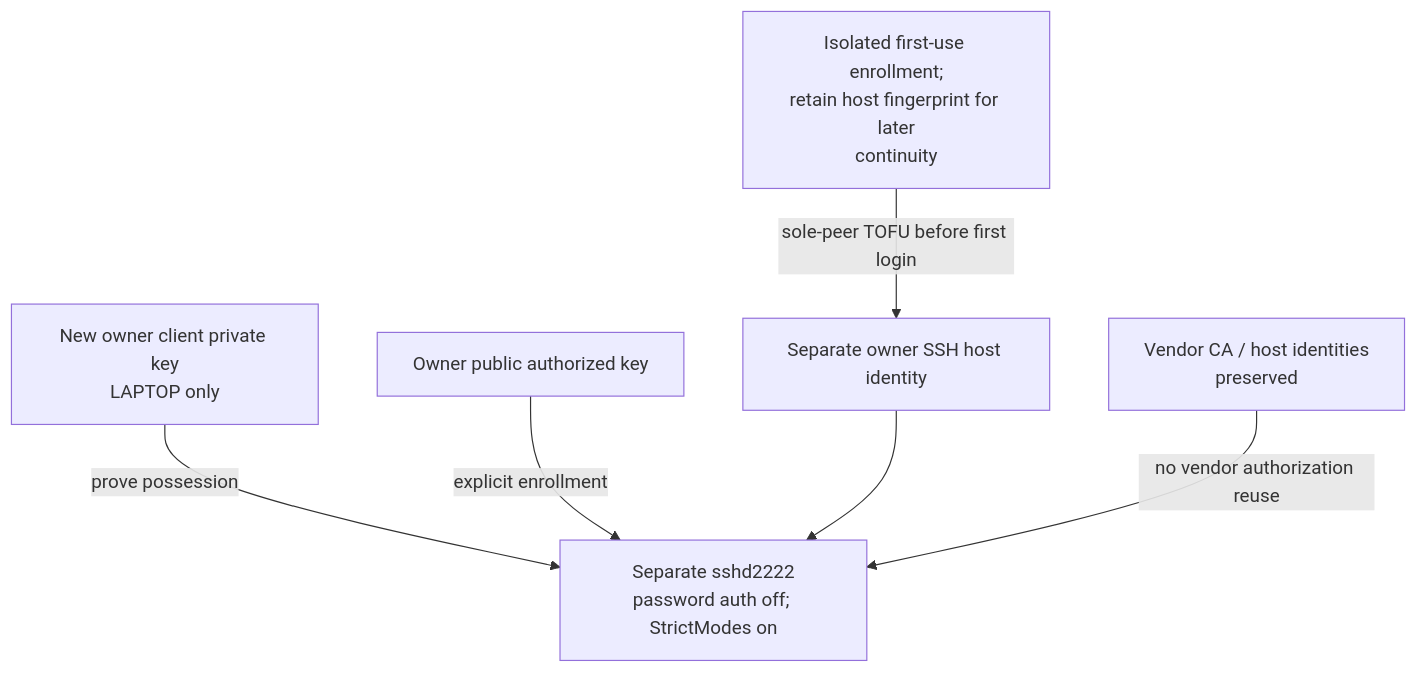
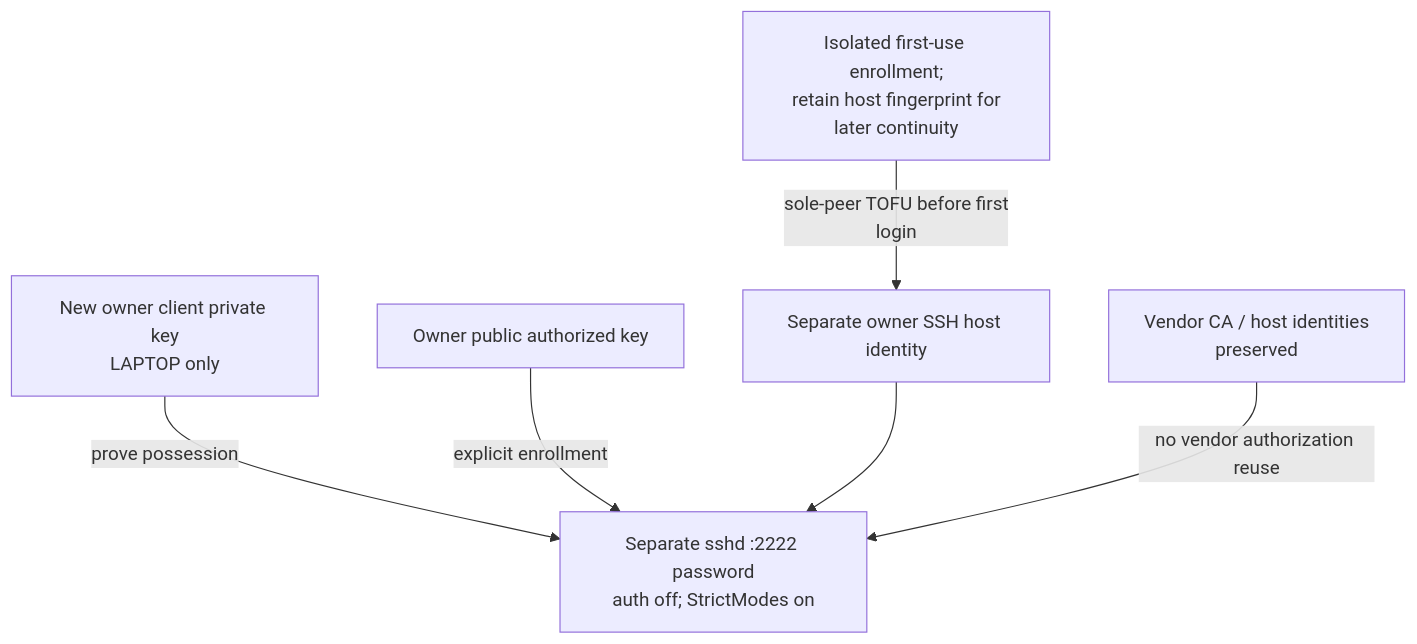
The diagram in docs/figures/07-ssh-trust.mmd (Zimbo88/form3-owner-root-source), drawn with Mermaid before and after one commit. The commit also changed 69 other files, not shown here.

```diff
--- a/docs/figures/07-ssh-trust.mmd
+++ b/docs/figures/07-ssh-trust.mmd
@@ -1,12 +1,12 @@
 flowchart TD
   client["New owner client private key<br/>LAPTOP only"]
   pub["Owner public authorized key"]
-  server["Separate sshd2222<br/>password auth off; StrictModes on"]
+  server["Separate sshd :2222 password<br/>auth off; StrictModes on"]
   host["Separate owner SSH host identity"]
-  check["Isolated first-use enrollment;<br/>retain host fingerprint for later<br/>continuity"]
+  check["Isolated first-use enrollment;<br/>retain host fingerprint for<br/>later continuity"]
   vendor["Vendor CA / host identities<br/>preserved"]
-  client -->  |"prove possession"| server
-  pub -->  |"explicit enrollment"| server
+  client --> |"prove possession"| server
+  pub --> |"explicit enrollment"| server
   host --> server
-  check -->  |"sole-peer TOFU before first login"| host
-  vendor -->  |"no vendor authorization reuse"| server
+  check --> |"sole-peer TOFU before first<br/>login"| host
+  vendor --> |"no vendor authorization reuse"| server
```
